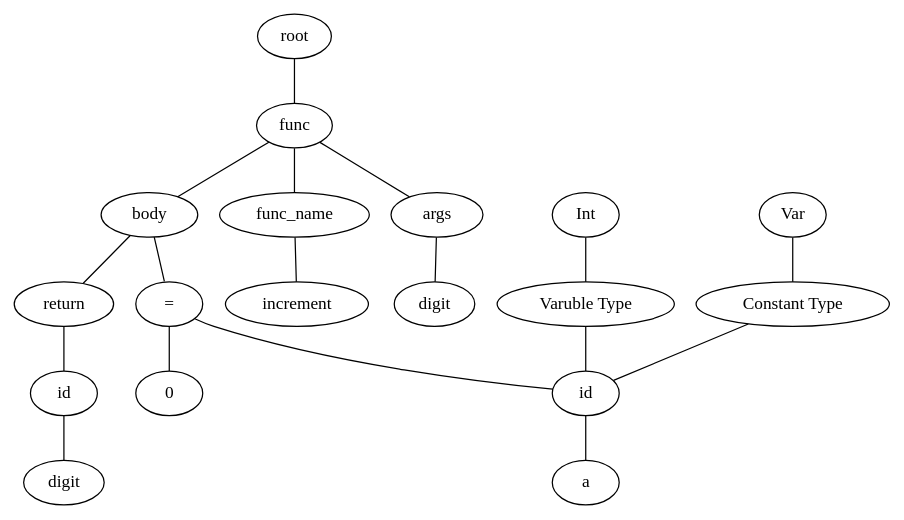
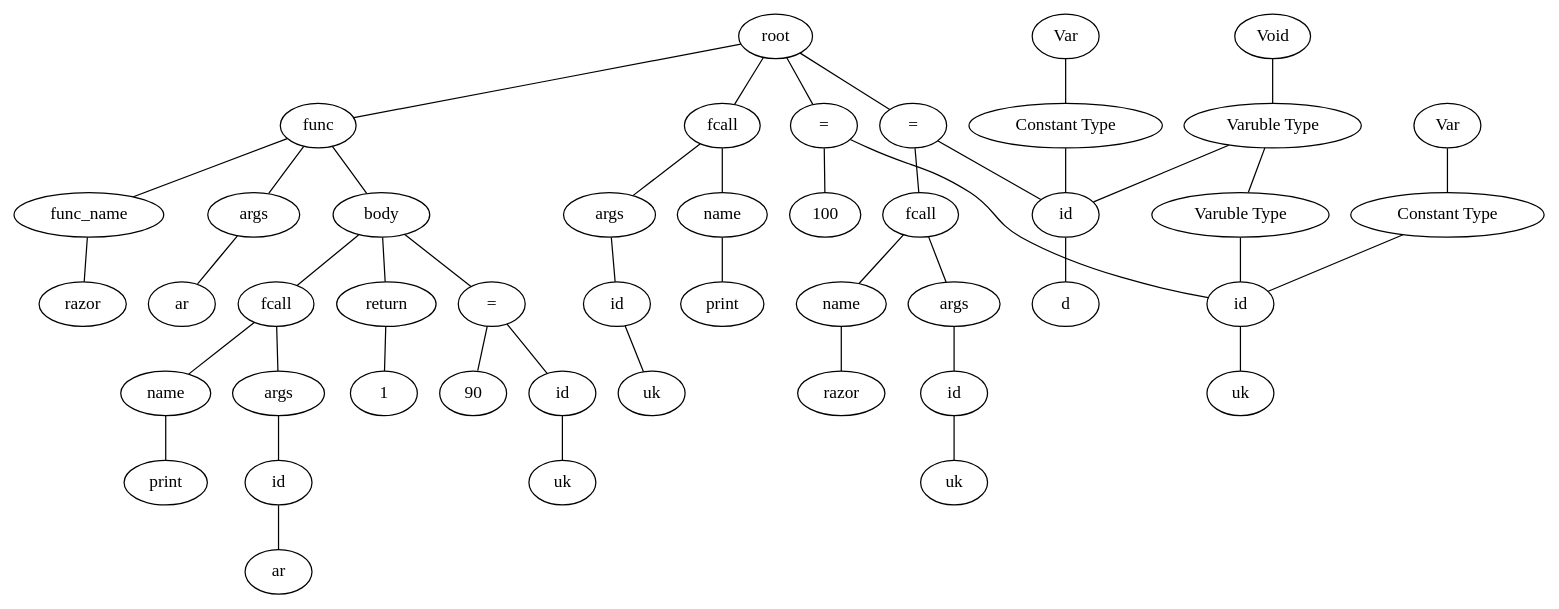
Before and after one commit to TAIIOK/SwiftCompilerToJavaByteCode: the diagram in build/file.dot, drawn with Graphviz. The commit also changed 9 other files, not shown here.

```diff
--- a/build/file.dot
+++ b/build/file.dot
@@ -1,37 +1,93 @@
 graph graphname {
 root;
 func0[label = "func"];
 root--func0;
 func0name[label = "func_name"];
-expr0[label = "increment"];
+expr0[label = "razor"];
 func0name--expr0;
 func0--func0name;
 func0args[label = " args "];
 func0 -- func0args;
-expr1[label = "digit"];
+expr1[label = "ar"];
 func0args--expr1;
 func0body[label = " body "];
 func0 -- func0body;
 assign0[label = "="];
 func0body--assign0;
 expr2[label = "id"];
 assign0--expr2;
+expr3[label = "uk"];
+expr2--expr3;
+expr4[label = "90"];
+assign0--expr4;
+expr5[label = "fcall"];
+func0body--expr5;
+expr5name[label = "name"];
+expr6[label = "print"];
+expr5name--expr6;
+expr5--expr5name;
+expr5args[label = " args "];
+expr5 -- expr5args;
+expr7[label = "id"];
+expr5args--expr7;
+expr8[label = "ar"];
+expr7--expr8;
+return1[label = "return"];
+func0body--return1;
+expr9[label = "1"];
+return1--expr9;
+assign2[label = "="];
+root--assign2;
+expr10[label = "id"];
+assign2--expr10;
 type0[label = "Varuble Type"];
-type0--expr2;
+type0--expr10;
 type1[label = "Int"];
 type1--type0;
 consttype0[label = "Constant Type"];
-consttype0--expr2;
+consttype0--expr10;
 consttype1[label = "Var"];
 consttype1--consttype0;
-expr3[label = "a"];
-expr2--expr3;
-expr4[label = "0"];
-assign0--expr4;
-return1[label = "return"];
-func0body--return1;
-expr5[label = "id"];
-return1--expr5;
-expr6[label = "digit"];
-expr5--expr6;
+expr11[label = "uk"];
+expr10--expr11;
+expr12[label = "100"];
+assign2--expr12;
+assign3[label = "="];
+root--assign3;
+expr13[label = "id"];
+assign3--expr13;
+type1[label = "Varuble Type"];
+type1--expr13;
+type2[label = "Void"];
+type2--type1;
+consttype2[label = "Constant Type"];
+consttype2--expr13;
+consttype3[label = "Var"];
+consttype3--consttype2;
+expr14[label = "d"];
+expr13--expr14;
+expr15[label = "fcall"];
+assign3--expr15;
+expr15name[label = "name"];
+expr16[label = "razor"];
+expr15name--expr16;
+expr15--expr15name;
+expr15args[label = " args "];
+expr15 -- expr15args;
+expr17[label = "id"];
+expr15args--expr17;
+expr18[label = "uk"];
+expr17--expr18;
+expr19[label = "fcall"];
+root--expr19;
+expr19name[label = "name"];
+expr20[label = "print"];
+expr19name--expr20;
+expr19--expr19name;
+expr19args[label = " args "];
+expr19 -- expr19args;
+expr21[label = "id"];
+expr19args--expr21;
+expr22[label = "uk"];
+expr21--expr22;
 }
```
